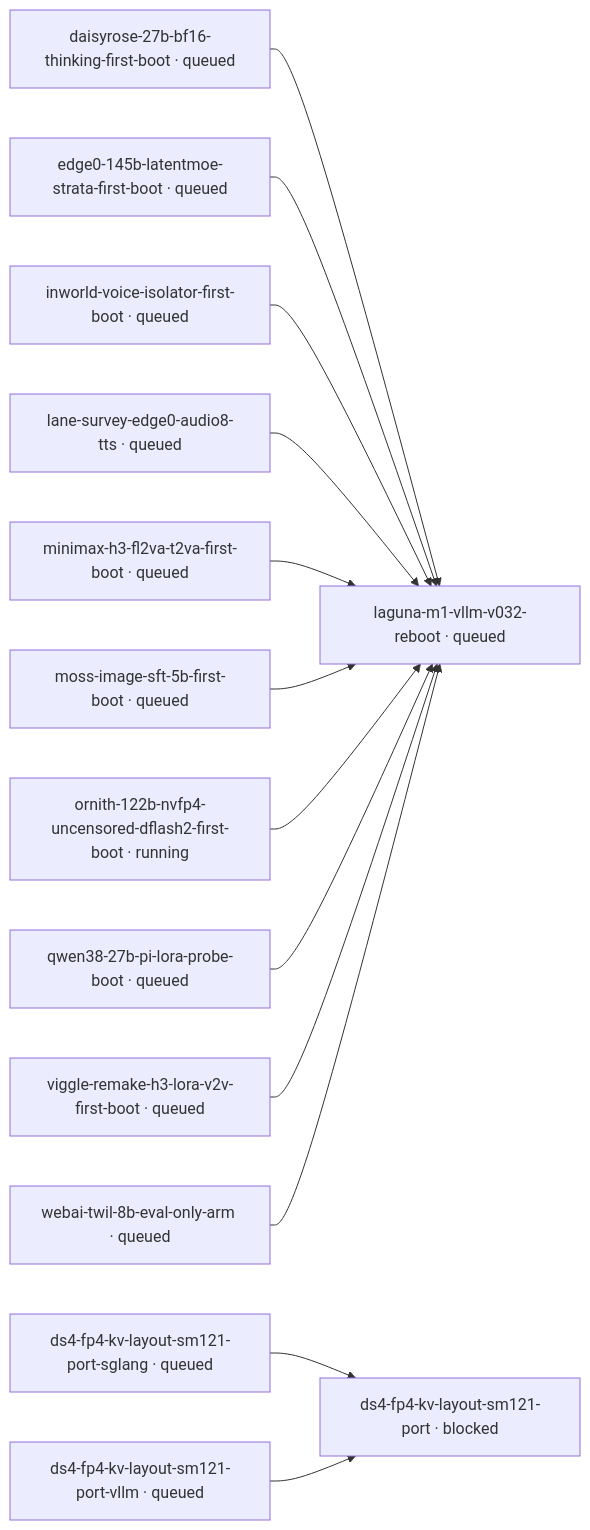
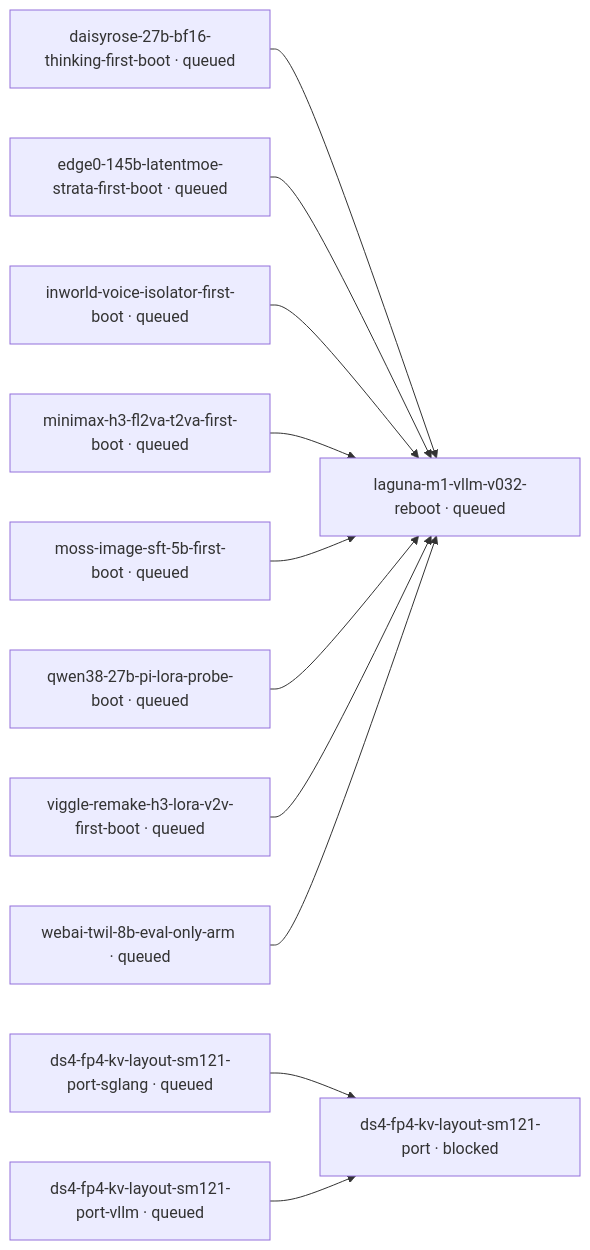
The diagram in mad-science/STATUS.md (littlecedar/sparkrun-recipe-registry), drawn with Mermaid before and after one commit. The commit also changed other lines of this file, not shown here.

````diff
--- a/mad-science/STATUS.md
+++ b/mad-science/STATUS.md
@@ -21,31 +21,27 @@
 ```mermaid
 flowchart LR
-  %% 2 blocked, 12 edges, 1 prose-gated, 0 question-gated, 0 question, 24 rows not drawn (--all)
+  %% 2 blocked, 10 edges, 1 prose-gated, 0 question-gated, 0 question, 21 rows not drawn (--all)
   t1["daisyrose-27b-bf16-thinking-first-boot · queued"]
   t2["ds4-fp4-kv-layout-sm121-port · blocked"]
   t3["ds4-fp4-kv-layout-sm121-port-sglang · queued"]
   t4["ds4-fp4-kv-layout-sm121-port-vllm · queued"]
   t5["edge0-145b-latentmoe-strata-first-boot · queued"]
   t6["inworld-voice-isolator-first-boot · queued"]
   t7["laguna-m1-vllm-v032-reboot · queued"]
-  t8["lane-survey-edge0-audio8-tts · queued"]
-  t9["minimax-h3-fl2va-t2va-first-boot · queued"]
-  t10["moss-image-sft-5b-first-boot · queued"]
-  t11["ornith-122b-nvfp4-uncensored-dflash2-first-boot · running"]
-  t12["qwen38-27b-pi-lora-probe-boot · queued"]
-  t13["viggle-remake-h3-lora-v2v-first-boot · queued"]
-  t14["webai-twil-8b-eval-only-arm · queued"]
+  t8["minimax-h3-fl2va-t2va-first-boot · queued"]
+  t9["moss-image-sft-5b-first-boot · queued"]
+  t10["qwen38-27b-pi-lora-probe-boot · queued"]
+  t11["viggle-remake-h3-lora-v2v-first-boot · queued"]
+  t12["webai-twil-8b-eval-only-arm · queued"]
   t1 --> t7
   t3 --> t2
   t4 --> t2
   t5 --> t7
   t6 --> t7
   t8 --> t7
   t9 --> t7
   t10 --> t7
   t11 --> t7
   t12 --> t7
-  t13 --> t7
-  t14 --> t7
   classDef no-recorded-edge stroke-dasharray: 4 3
 ```
````
